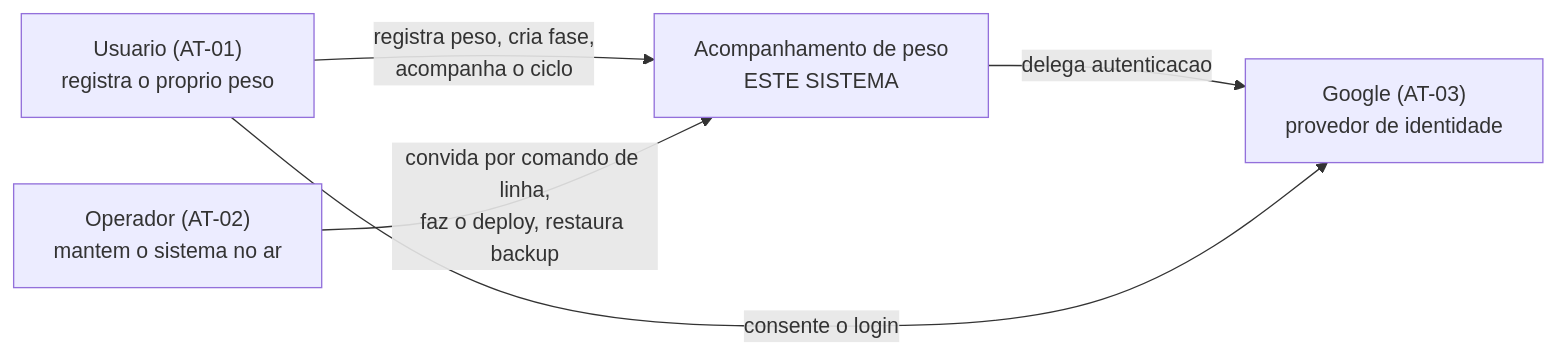
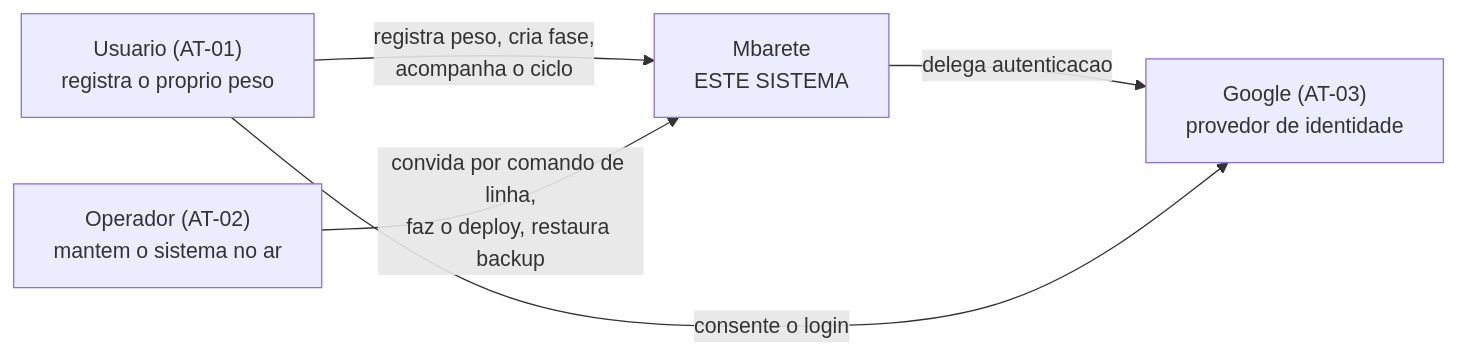
The first of 2 diagrams in especificacao/arquitetura.md (cainavieira/Mbarete), drawn with Mermaid before and after one commit. The commit also changed 2 other files, not shown here.

Commit message:
docs: renomeia o produto para Mbarete
O projeto passa a se chamar Mbarete Tracking Peso, e o produto, Mbarete.

````diff
--- a/especificacao/arquitetura.md
+++ b/especificacao/arquitetura.md
@@ -10,12 +10,12 @@
 ```mermaid
 flowchart LR
     U["Usuario (AT-01)<br/>registra o proprio peso"]
     O["Operador (AT-02)<br/>mantem o sistema no ar"]
-    S["Acompanhamento de peso<br/>ESTE SISTEMA"]
+    S["Mbarete<br/>ESTE SISTEMA"]
     G["Google (AT-03)<br/>provedor de identidade"]
 
     U -->|"registra peso, cria fase,<br/>acompanha o ciclo"| S
     O -->|"convida por comando de linha,<br/>faz o deploy, restaura backup"| S
     S -->|"delega autenticacao"| G
     U -->|"consente o login"| G
 ```
````
